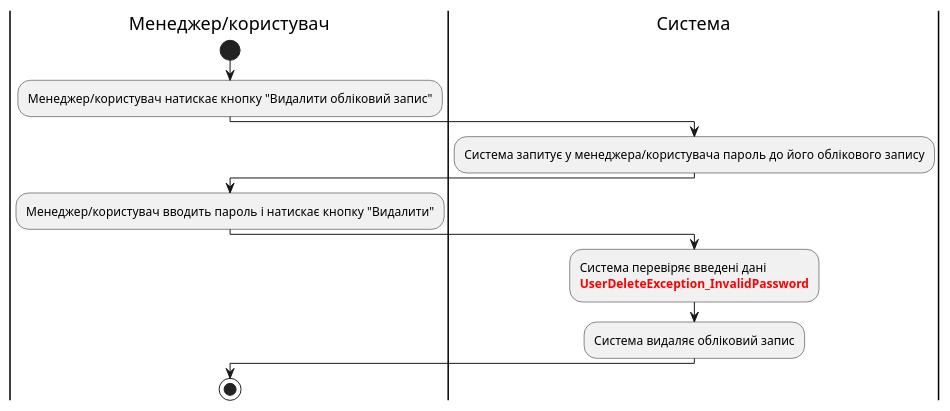
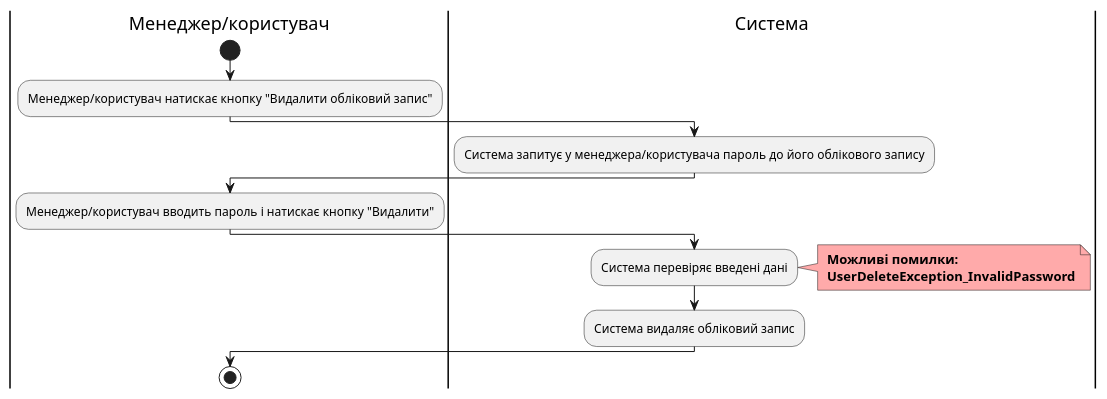
The seventh of 21 diagrams in docs/use cases/README.md (vlad13242/TaskForge), drawn with PlantUML before and after one commit. The commit also changed other lines of this file and 1 other file, not shown here.

Commit message:
shenge all diagram errors

```diff
--- a/docs/use cases/README.md
+++ b/docs/use cases/README.md
@@ -351,17 +358,20 @@
 @startuml
 
     |Менеджер/користувач|
     start;
     :Менеджер/користувач натискає кнопку "Видалити обліковий запис";
     |Система|
     :Система запитує у менеджера/користувача пароль до його облікового запису;
     |Менеджер/користувач|
     :Менеджер/користувач вводить пароль і натискає кнопку "Видалити";
     |Система|
-    :Система перевіряє введені дані
-    <font color="red"><b>UserDeleteException_InvalidPassword;
+    :Система перевіряє введені дані;
+    note right #ffaaaa
+    <b> Можливі помилки:
+    <b> UserDeleteException_InvalidPassword
+    end note
     :Система видаляє обліковий запис;
     |Менеджер/користувач|
     stop;
 
 @enduml
```
